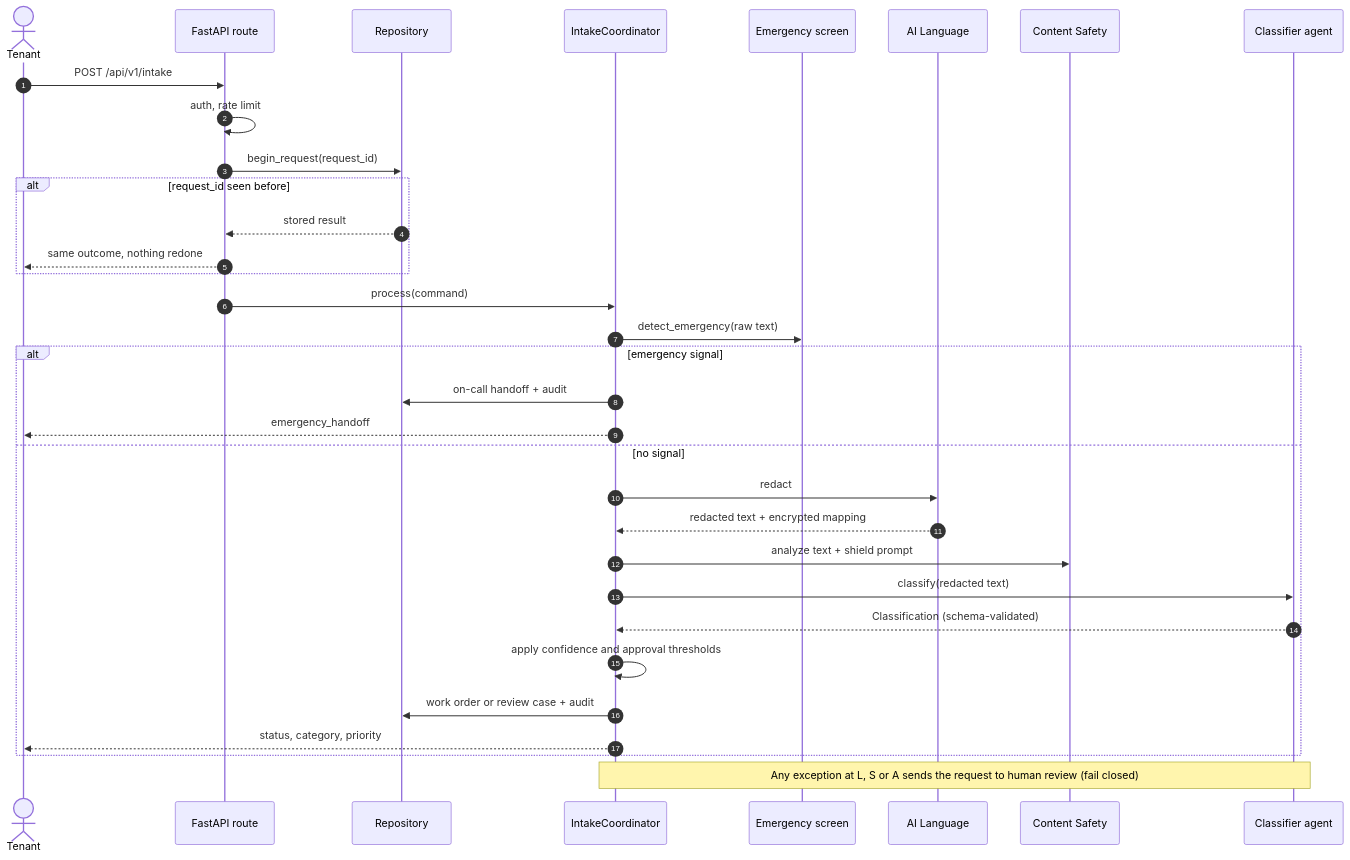
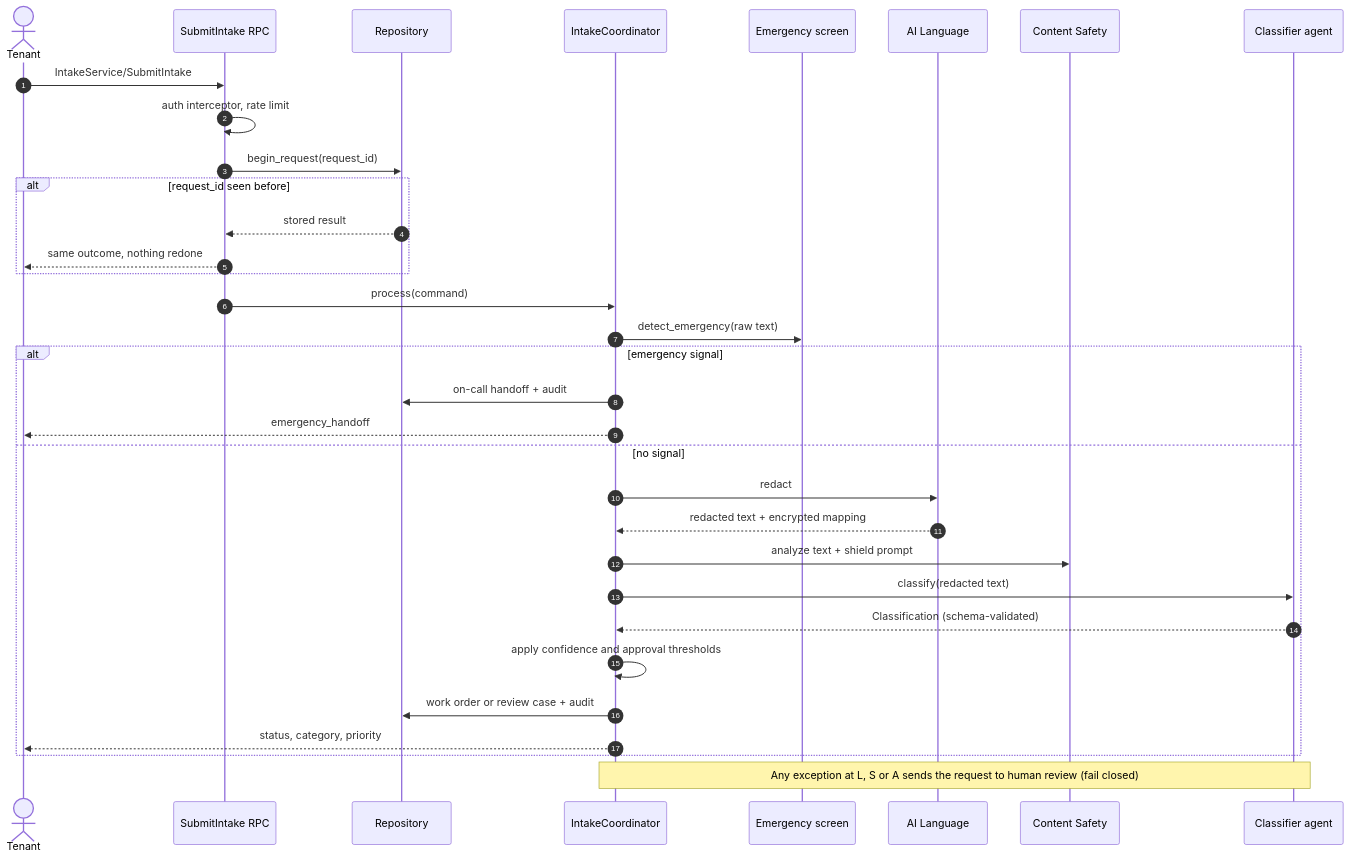
Before and after one commit to wasif1024/facilityops: the fifth of 15 diagrams in docs/architecture.md, drawn with Mermaid. The commit also changed other lines of this file and 62 other files, not shown here.

````diff
--- a/docs/architecture.md
+++ b/docs/architecture.md
@@ -150,36 +191,36 @@
 ```mermaid
 sequenceDiagram
     autonumber
     actor T as Tenant
-    participant API as FastAPI route
+    participant API as SubmitIntake RPC
     participant R as Repository
     participant C as IntakeCoordinator
     participant E as Emergency screen
     participant L as AI Language
     participant S as Content Safety
     participant A as Classifier agent
 
-    T->>API: POST /api/v1/intake
-    API->>API: auth, rate limit
+    T->>API: IntakeService/SubmitIntake
+    API->>API: auth interceptor, rate limit
     API->>R: begin_request(request_id)
     alt request_id seen before
         R-->>API: stored result
         API-->>T: same outcome, nothing redone
     end
     API->>C: process(command)
     C->>E: detect_emergency(raw text)
     alt emergency signal
         C->>R: on-call handoff + audit
         C-->>T: emergency_handoff
     else no signal
         C->>L: redact
         L-->>C: redacted text + encrypted mapping
         C->>S: analyze text + shield prompt
         C->>A: classify(redacted text)
         A-->>C: Classification (schema-validated)
         C->>C: apply confidence and approval thresholds
         C->>R: work order or review case + audit
         C-->>T: status, category, priority
     end
     Note over C,A: Any exception at L, S or A sends the request to human review (fail closed)
 ```
````
